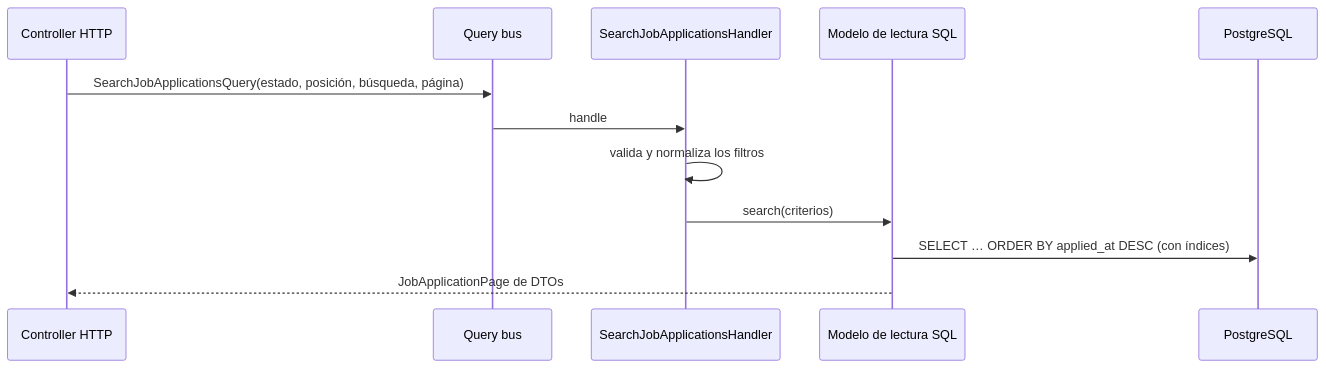
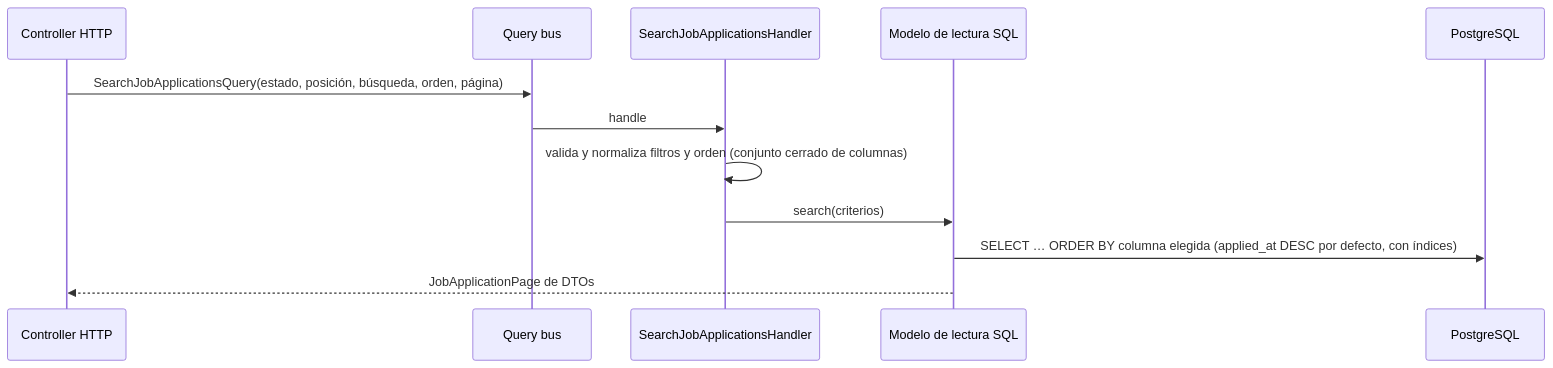
Before and after one commit to manuelarandait/ats-poc: the eighth of 8 diagrams in docs/ARCHITECTURE.es.md, drawn with Mermaid. The commit also changed other lines of this file and 7 other files, not shown here.

First line of the commit message:
docs: add development and deployment guides, refresh architecture

````diff
--- a/docs/ARCHITECTURE.es.md
+++ b/docs/ARCHITECTURE.es.md
@@ -313,15 +317,15 @@
 ```mermaid
 sequenceDiagram
     participant H as Controller HTTP
     participant QB as Query bus
     participant Q as SearchJobApplicationsHandler
     participant RM as Modelo de lectura SQL
     participant DB as PostgreSQL
 
-    H->>QB: SearchJobApplicationsQuery(estado, posición, búsqueda, página)
+    H->>QB: SearchJobApplicationsQuery(estado, posición, búsqueda, orden, página)
     QB->>Q: handle
-    Q->>Q: valida y normaliza los filtros
+    Q->>Q: valida y normaliza filtros y orden (conjunto cerrado de columnas)
     Q->>RM: search(criterios)
-    RM->>DB: SELECT … ORDER BY applied_at DESC (con índices)
+    RM->>DB: SELECT … ORDER BY columna elegida (applied_at DESC por defecto, con índices)
     RM-->>H: JobApplicationPage de DTOs
 ```
````
